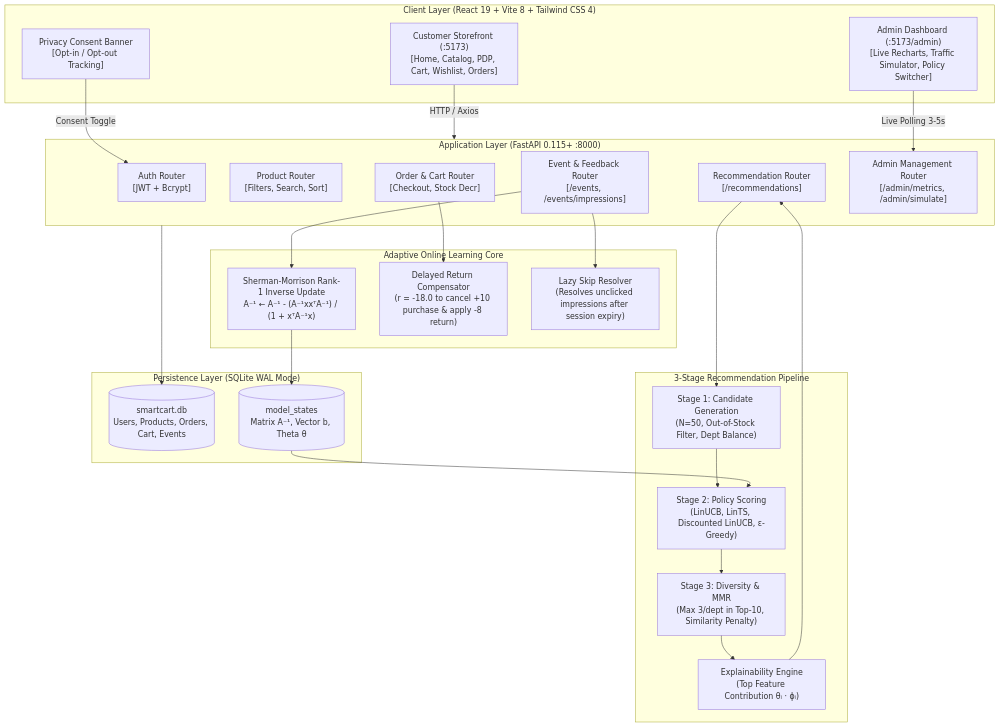
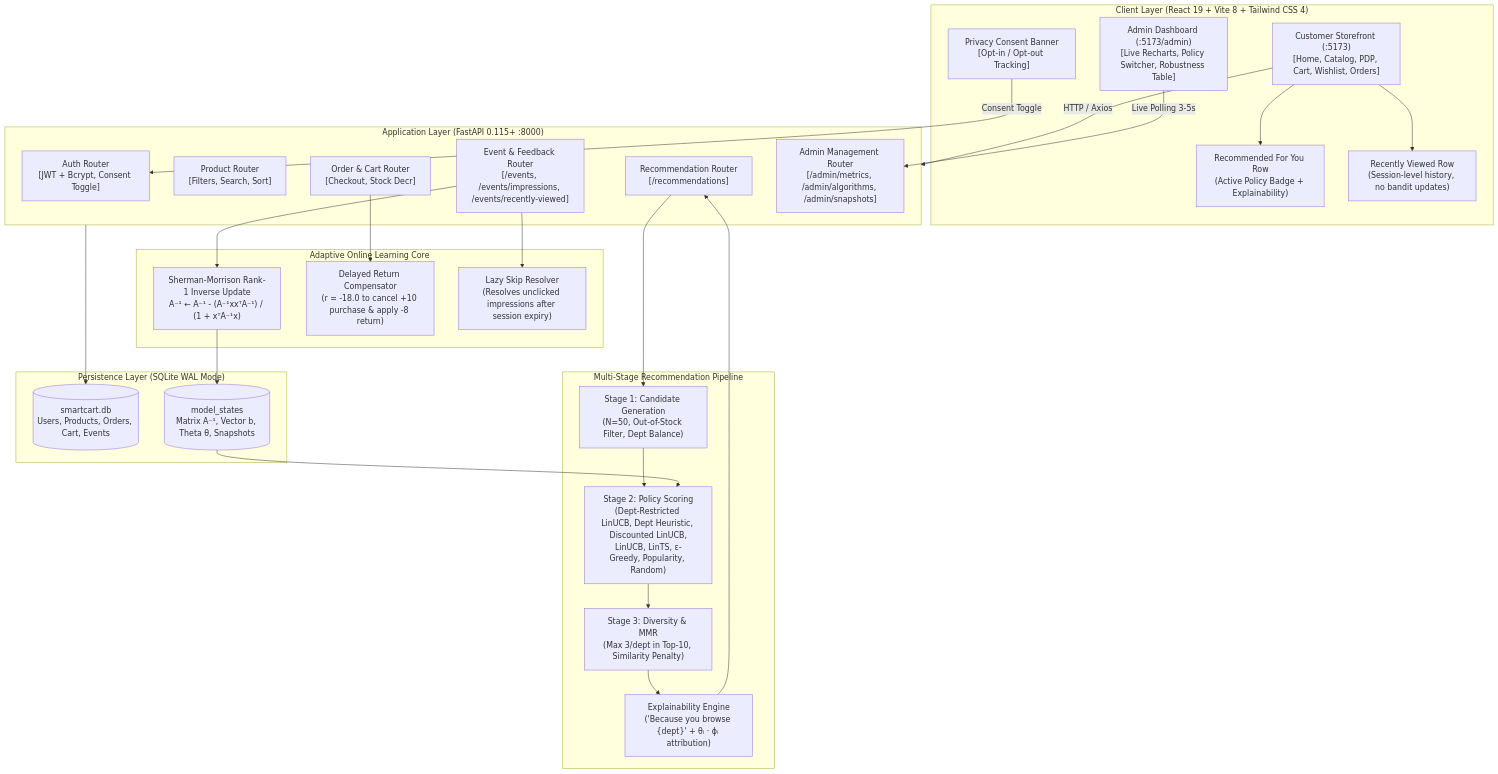
The diagram in README.md (nirvishsoni0401/SMARTCART-AI), drawn with Mermaid before and after one commit. The commit also changed other lines of this file and 102 other files, not shown here.

````diff
--- a/README.md
+++ b/README.md
@@ -64,53 +70,57 @@
 ```mermaid
 flowchart TD
     subgraph Client ["Client Layer (React 19 + Vite 8 + Tailwind CSS 4)"]
         UI["Customer Storefront (:5173)\n[Home, Catalog, PDP, Cart, Wishlist, Orders]"]
-        ADMIN["Admin Dashboard (:5173/admin)\n[Live Recharts, Traffic Simulator, Policy Switcher]"]
+        RECS_ROW["Recommended For You Row\n(Active Policy Badge + Explainability)"]
+        RV_ROW["Recently Viewed Row\n(Session-level history, no bandit updates)"]
+        ADMIN["Admin Dashboard (:5173/admin)\n[Live Recharts, Policy Switcher, Robustness Table]"]
         CONSENT["Privacy Consent Banner\n[Opt-in / Opt-out Tracking]"]
     end
 
     subgraph API ["Application Layer (FastAPI 0.115+ :8000)"]
-        AUTH["Auth Router\n[JWT + Bcrypt]"]
+        AUTH["Auth Router\n[JWT + Bcrypt, Consent Toggle]"]
         CATALOG["Product Router\n[Filters, Search, Sort]"]
         ORDER["Order & Cart Router\n[Checkout, Stock Decr]"]
         RECS["Recommendation Router\n[/recommendations]"]
-        EVENTS["Event & Feedback Router\n[/events, /events/impressions]"]
-        ADMIN_API["Admin Management Router\n[/admin/metrics, /admin/simulate]"]
+        EVENTS["Event & Feedback Router\n[/events, /events/impressions, /events/recently-viewed]"]
+        ADMIN_API["Admin Management Router\n[/admin/metrics, /admin/algorithms, /admin/snapshots]"]
     end
 
-    subgraph RecPipeline ["3-Stage Recommendation Pipeline"]
+    subgraph RecPipeline ["Multi-Stage Recommendation Pipeline"]
         STAGE1["Stage 1: Candidate Generation\n(N=50, Out-of-Stock Filter, Dept Balance)"]
-        STAGE2["Stage 2: Policy Scoring\n(LinUCB, LinTS, Discounted LinUCB, ε-Greedy)"]
+        POLICY_SCORE["Stage 2: Policy Scoring\n(Dept-Restricted LinUCB, Dept Heuristic, Discounted LinUCB,\nLinUCB, LinTS, ε-Greedy, Popularity, Random)"]
         STAGE3["Stage 3: Diversity & MMR\n(Max 3/dept in Top-10, Similarity Penalty)"]
-        EXPLAIN["Explainability Engine\n(Top Feature Contribution θᵢ · ϕᵢ)"]
+        EXPLAIN["Explainability Engine\n('Because you browse {dept}' + θᵢ · ϕᵢ attribution)"]
     end
 
     subgraph BanditEngine ["Adaptive Online Learning Core"]
         SM_UPDATE["Sherman-Morrison Rank-1 Inverse Update\nA⁻¹ ← A⁻¹ - (A⁻¹xxᵀA⁻¹) / (1 + xᵀA⁻¹x)"]
         DELAYED["Delayed Return Compensator\n(r = -18.0 to cancel +10 purchase & apply -8 return)"]
         LAZY_SKIP["Lazy Skip Resolver\n(Resolves unclicked impressions after session expiry)"]
     end
 
     subgraph Persistence ["Persistence Layer (SQLite WAL Mode)"]
         DB[("smartcart.db\nUsers, Products, Orders, Cart, Events")]
-        MODEL_STORE[("model_states\nMatrix A⁻¹, Vector b, Theta θ")]
+        MODEL_STORE[("model_states\nMatrix A⁻¹, Vector b, Theta θ, Snapshots")]
     end
 
+    UI --> RECS_ROW
+    UI --> RV_ROW
     UI -->|HTTP / Axios| API
     ADMIN -->|Live Polling 3-5s| ADMIN_API
     CONSENT -->|Consent Toggle| AUTH
 
     RECS --> STAGE1
-    STAGE1 --> STAGE2
-    STAGE2 --> STAGE3
+    STAGE1 --> POLICY_SCORE
+    POLICY_SCORE --> STAGE3
     STAGE3 --> EXPLAIN
     EXPLAIN --> RECS
 
     EVENTS --> SM_UPDATE
     ORDER --> DELAYED
     EVENTS --> LAZY_SKIP
     SM_UPDATE --> MODEL_STORE
-    MODEL_STORE --> STAGE2
+    MODEL_STORE --> POLICY_SCORE
 
     API --> DB
 ```
````
